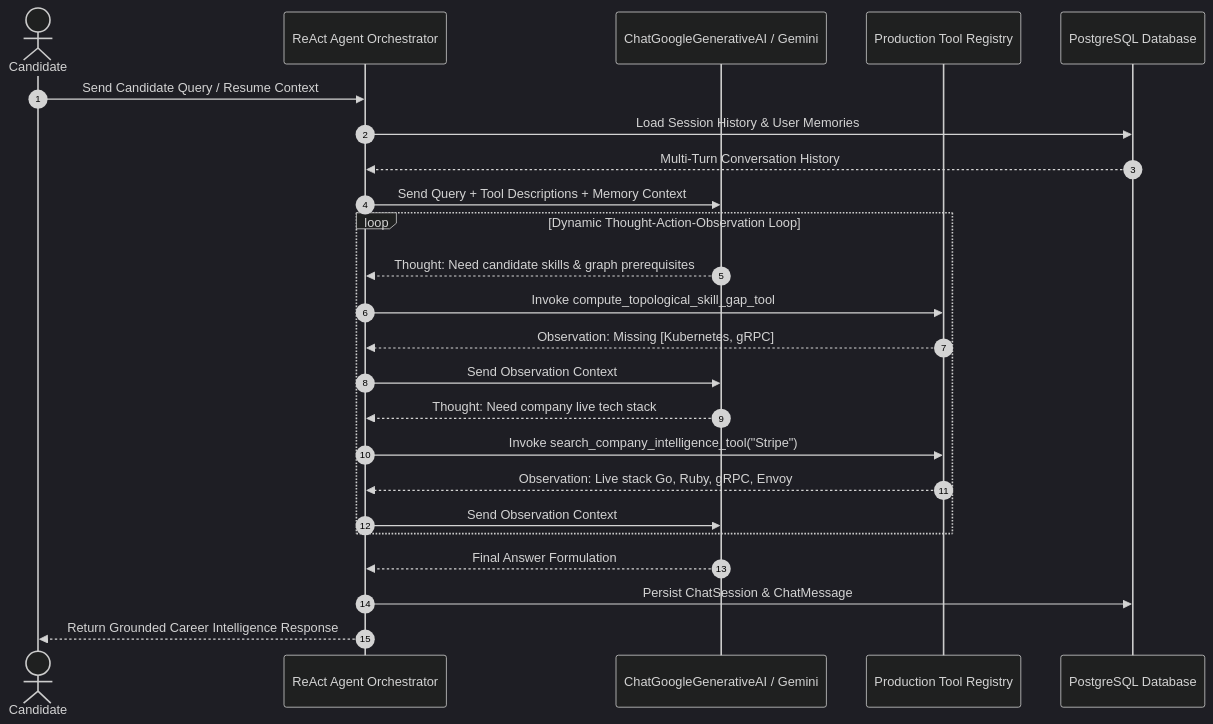
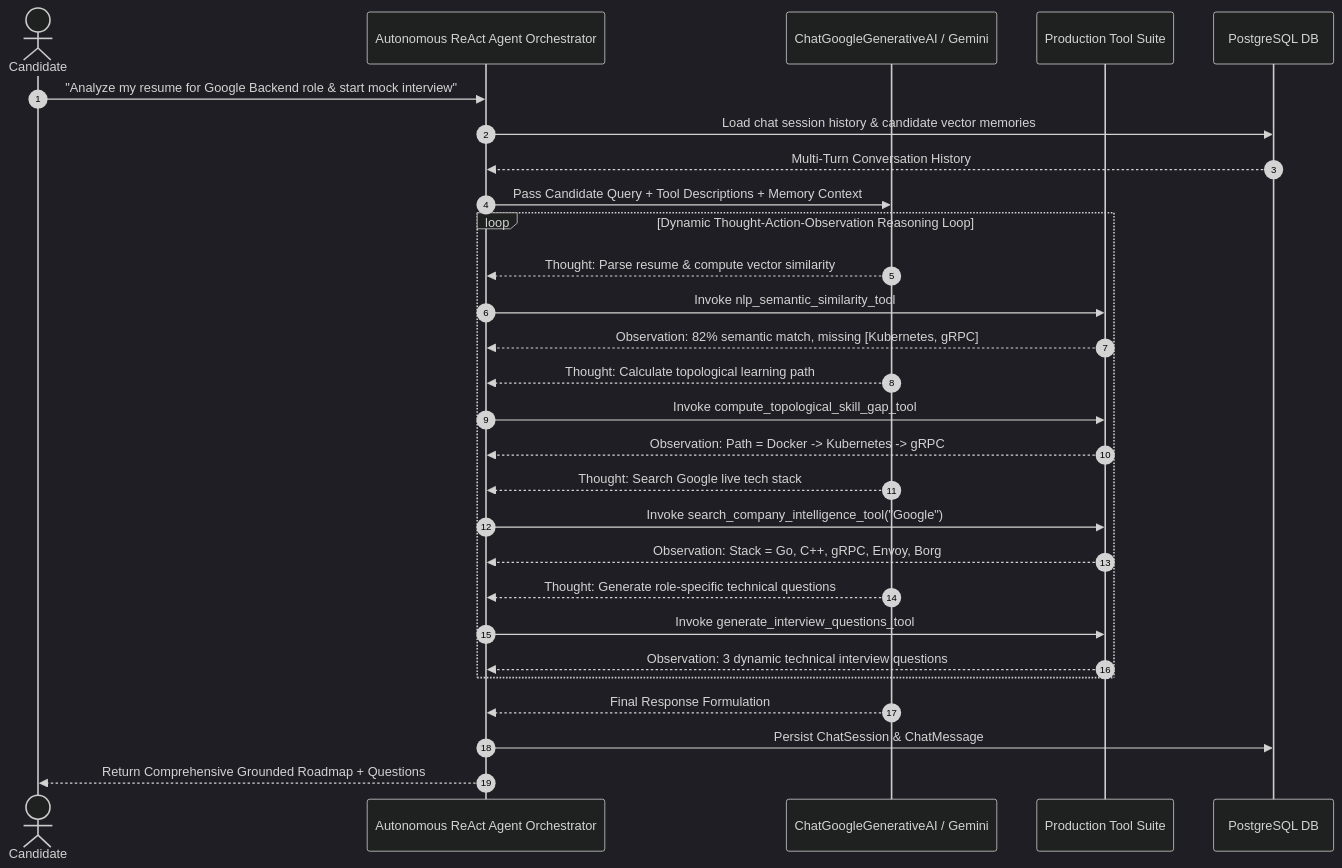
Before and after one commit to PavanKalyan1430/A.C.E.-Autonomous-Career-Intelligence-Engine: the second of 3 diagrams in README.md, drawn with Mermaid (dark theme). The commit also changed other lines of this file, not shown here.

Commit message:
docs: complete 11-section master production README with full services, tools, API latencies, and DB schemas

````diff
--- a/README.md
+++ b/README.md
@@ -107,29 +85,33 @@
 ```mermaid
 sequenceDiagram
     autonumber
     actor Candidate
-    participant Orchestrator as ReAct Agent Orchestrator
+    participant Agent as Autonomous ReAct Agent Orchestrator
     participant LLM as ChatGoogleGenerativeAI / Gemini
-    participant Tools as Production Tool Registry
-    participant DB as PostgreSQL Database
+    participant Tools as Production Tool Suite
+    participant DB as PostgreSQL DB
 
-    Candidate->>Orchestrator: Send Candidate Query / Resume Context
-    Orchestrator->>DB: Load Session History & User Memories
-    DB-->>Orchestrator: Multi-Turn Conversation History
-    Orchestrator->>LLM: Send Query + Tool Descriptions + Memory Context
+    Candidate->>Agent: "Analyze my resume for Google Backend role & start mock interview"
+    Agent->>DB: Load chat session history & candidate vector memories
+    DB-->>Agent: Multi-Turn Conversation History
+    Agent->>LLM: Pass Candidate Query + Tool Descriptions + Memory Context
     
-    loop Dynamic Thought-Action-Observation Loop
-        LLM-->>Orchestrator: Thought: Need candidate skills & graph prerequisites
-        Orchestrator->>Tools: Invoke compute_topological_skill_gap_tool
-        Tools-->>Orchestrator: Observation: Missing [Kubernetes, gRPC]
-        Orchestrator->>LLM: Send Observation Context
-        LLM-->>Orchestrator: Thought: Need company live tech stack
-        Orchestrator->>Tools: Invoke search_company_intelligence_tool("Stripe")
-        Tools-->>Orchestrator: Observation: Live stack Go, Ruby, gRPC, Envoy
-        Orchestrator->>LLM: Send Observation Context
+    loop Dynamic Thought-Action-Observation Reasoning Loop
+        LLM-->>Agent: Thought: Parse resume & compute vector similarity
+        Agent->>Tools: Invoke nlp_semantic_similarity_tool
+        Tools-->>Agent: Observation: 82% semantic match, missing [Kubernetes, gRPC]
+        LLM-->>Agent: Thought: Calculate topological learning path
+        Agent->>Tools: Invoke compute_topological_skill_gap_tool
+        Tools-->>Agent: Observation: Path = Docker -> Kubernetes -> gRPC
+        LLM-->>Agent: Thought: Search Google live tech stack
+        Agent->>Tools: Invoke search_company_intelligence_tool("Google")
+        Tools-->>Agent: Observation: Stack = Go, C++, gRPC, Envoy, Borg
+        LLM-->>Agent: Thought: Generate role-specific technical questions
+        Agent->>Tools: Invoke generate_interview_questions_tool
+        Tools-->>Agent: Observation: 3 dynamic technical interview questions
     end
 
-    LLM-->>Orchestrator: Final Answer Formulation
-    Orchestrator->>DB: Persist ChatSession & ChatMessage
-    Orchestrator-->>Candidate: Return Grounded Career Intelligence Response
+    LLM-->>Agent: Final Response Formulation
+    Agent->>DB: Persist ChatSession & ChatMessage
+    Agent-->>Candidate: Return Comprehensive Grounded Roadmap + Questions
 ```
````
